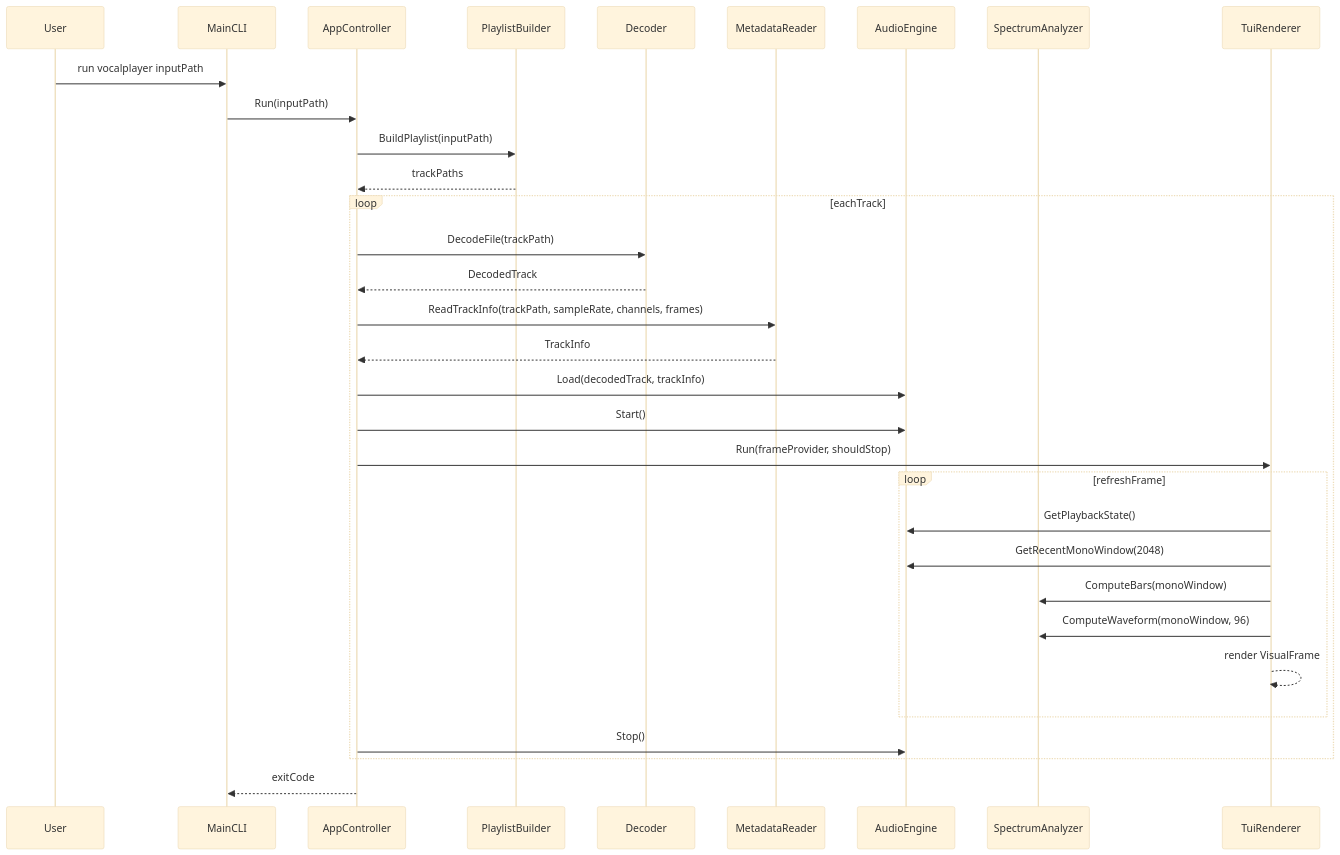
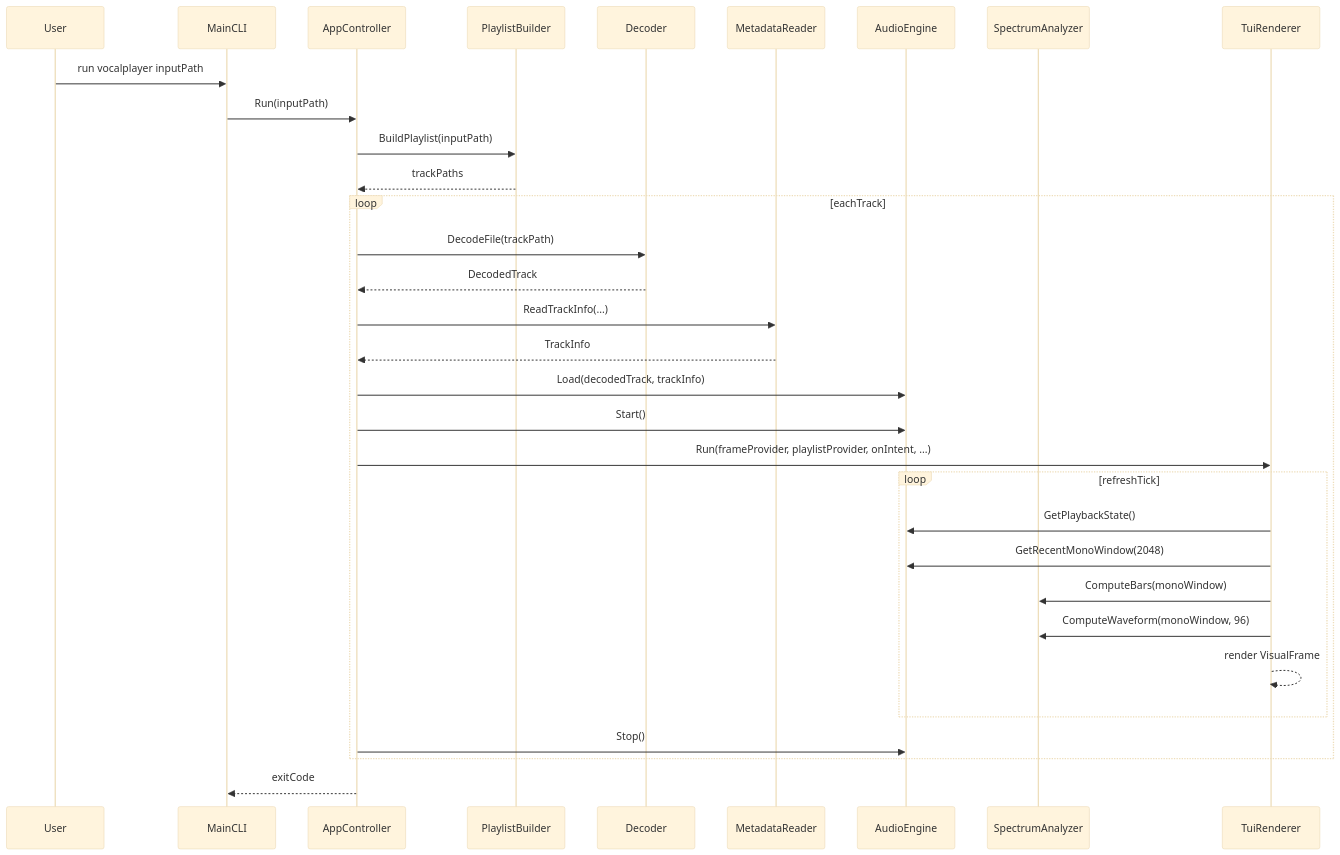
The third of 4 diagrams in docs/dev/architecture.md (virtualguard101/vocalplayer), drawn with Mermaid (base theme) before and after one commit. The commit also changed other lines of this file and 18 other files, not shown here.

Commit message:
docs: add comments in detail and update architecture docs

````diff
--- a/docs/dev/architecture.md
+++ b/docs/dev/architecture.md
@@ -40,35 +133,35 @@
 ```mermaid
 sequenceDiagram
   participant User
   participant Main as MainCLI
   participant App as AppController
   participant Playlist as PlaylistBuilder
   participant Decoder
   participant Metadata as MetadataReader
   participant Audio as AudioEngine
   participant Analyzer as SpectrumAnalyzer
   participant UI as TuiRenderer
 
   User->>Main: run vocalplayer inputPath
   Main->>App: Run(inputPath)
   App->>Playlist: BuildPlaylist(inputPath)
   Playlist-->>App: trackPaths
   loop eachTrack
     App->>Decoder: DecodeFile(trackPath)
     Decoder-->>App: DecodedTrack
-    App->>Metadata: ReadTrackInfo(trackPath, sampleRate, channels, frames)
+    App->>Metadata: ReadTrackInfo(...)
     Metadata-->>App: TrackInfo
     App->>Audio: Load(decodedTrack, trackInfo)
     App->>Audio: Start()
-    App->>UI: Run(frameProvider, shouldStop)
-    loop refreshFrame
+    App->>UI: Run(frameProvider, playlistProvider, onIntent, ...)
+    loop refreshTick
       UI->>Audio: GetPlaybackState()
       UI->>Audio: GetRecentMonoWindow(2048)
       UI->>Analyzer: ComputeBars(monoWindow)
       UI->>Analyzer: ComputeWaveform(monoWindow, 96)
       UI-->>UI: render VisualFrame
     end
     App->>Audio: Stop()
   end
   App-->>Main: exitCode
 ```
````
